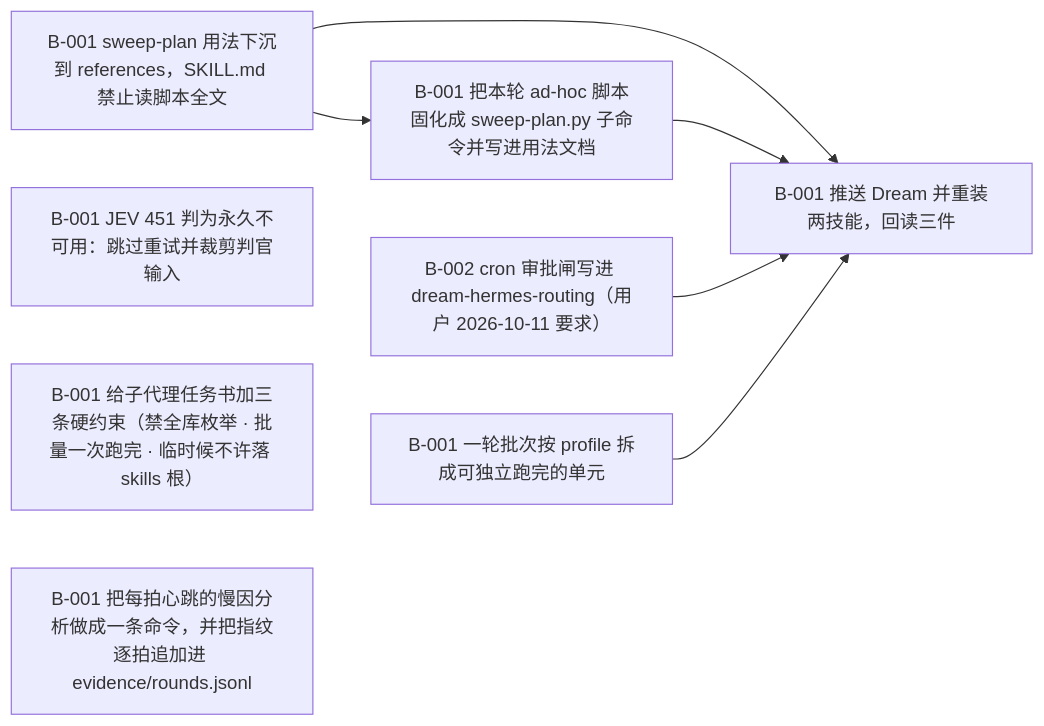
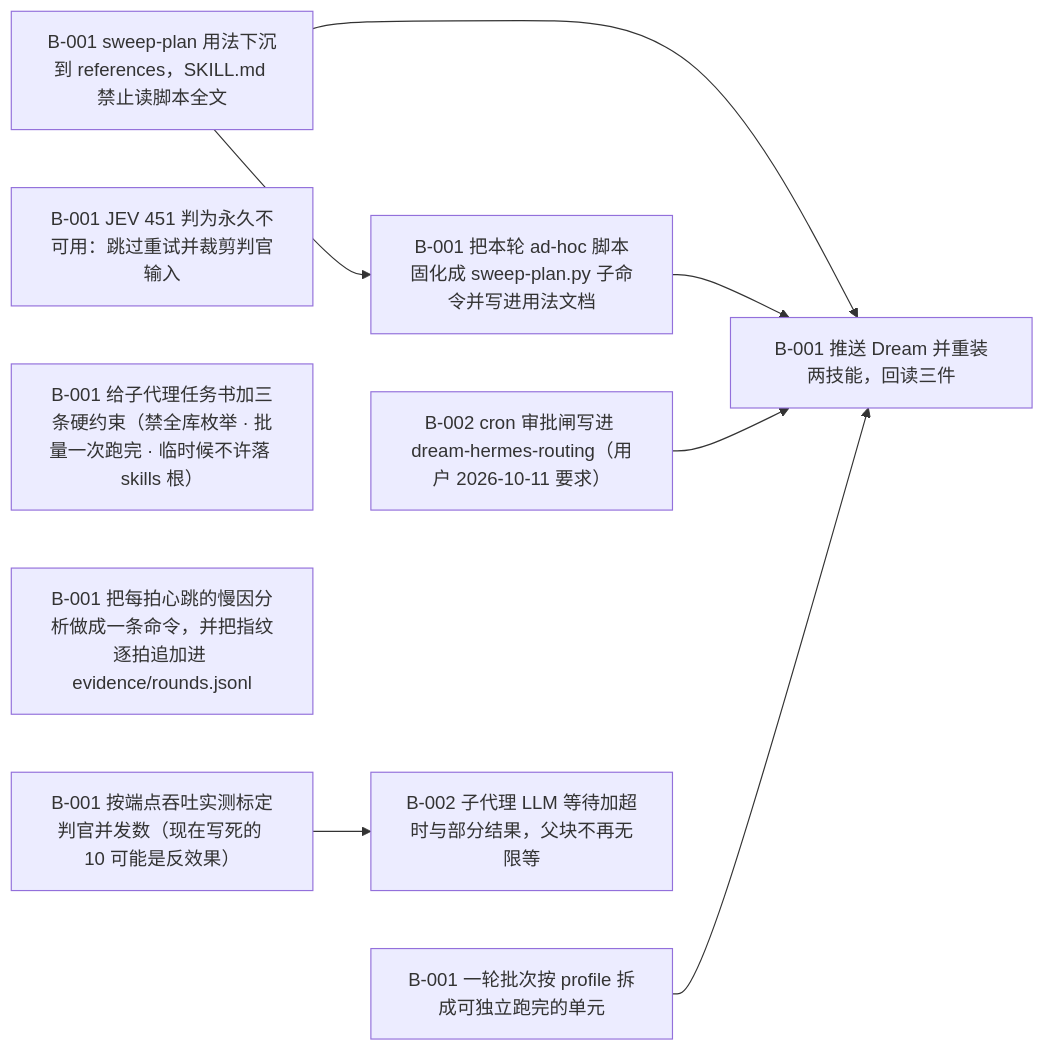
One commit to flmaximwang/Dream changed the diagram in plans/dream-perf/PLAN.md. Above: the diagram before and after it, drawn with Mermaid. The commit also changed other lines of this file and 4 other files, not shown here.

````diff
--- a/plans/dream-perf/PLAN.md
+++ b/plans/dream-perf/PLAN.md
@@ -19,22 +20,25 @@
 ```mermaid
 flowchart LR
   T-001_B-001["B-001 sweep-plan 用法下沉到 references，SKILL.md 禁止读脚本全文"]
   T-002_B-001["B-001 把本轮 ad-hoc 脚本固化成 sweep-plan.py 子命令并写进用法文档"]
   T-003_B-001["B-001 JEV 451 判为永久不可用：跳过重试并裁剪判官输入"]
   T-003_B-002["B-002 cron 审批闸写进 dream-hermes-routing（用户 2026-10-11 要求）"]
   T-004_B-001["B-001 一轮批次按 profile 拆成可独立跑完的单元"]
   T-005_B-001["B-001 推送 Dream 并重装两技能，回读三件"]
   T-006_B-001["B-001 给子代理任务书加三条硬约束（禁全库枚举 · 批量一次跑完 · 临时候不许落 skills 根）"]
   T-007_B-001["B-001 把每拍心跳的慢因分析做成一条命令，并把指纹逐拍追加进 evidence/rounds.jsonl"]
+  T-008_B-001["B-001 按端点吞吐实测标定判官并发数（现在写死的 10 可能是反效果）"]
+  T-008_B-002["B-002 子代理 LLM 等待加超时与部分结果，父块不再无限等"]
   T-001_B-001 --> T-002_B-001
   T-001_B-001 --> T-005_B-001
   T-002_B-001 --> T-005_B-001
   T-003_B-002 --> T-005_B-001
   T-004_B-001 --> T-005_B-001
+  T-008_B-001 --> T-008_B-002
   classDef ready stroke-width:1px;
-  class T-001_B-001,T-003_B-001,T-003_B-002,T-004_B-001,T-006_B-001 ready;
+  class T-001_B-001,T-003_B-001,T-003_B-002,T-004_B-001,T-006_B-001,T-008_B-001 ready;
   classDef waiting stroke-width:1px;
-  class T-002_B-001,T-005_B-001 waiting;
+  class T-002_B-001,T-005_B-001,T-008_B-002 waiting;
   classDef done stroke-width:1px;
   class T-007_B-001 done;
 ```
````
